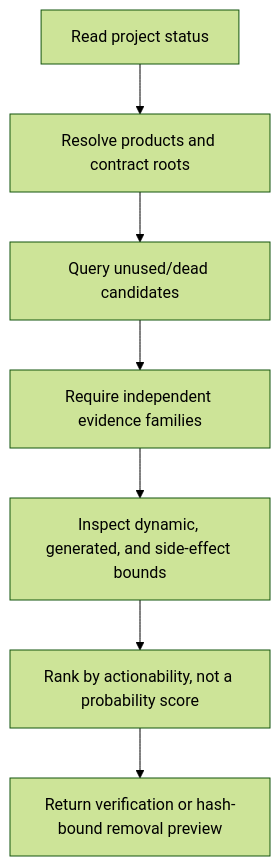
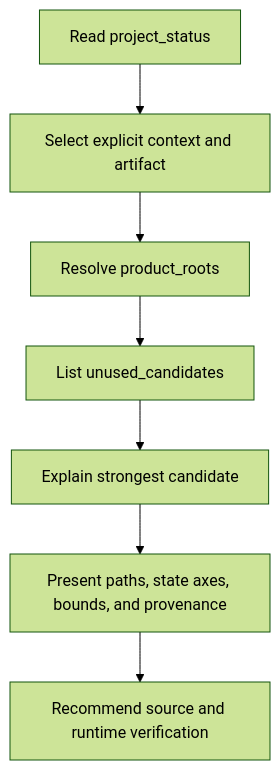
One commit to rstackjs/rstack-cli changed the sixth of 7 diagrams in docs/rfcs/0001-rstack-context-engine.md. Above: the diagram before and after it, drawn with Mermaid (forest theme). The commit also changed other lines of this file, not shown here.

Commit message:
docs: align context engine RFC

````diff
--- a/docs/rfcs/0001-rstack-context-engine.md
+++ b/docs/rfcs/0001-rstack-context-engine.md
@@ -891,12 +468,9 @@
 ```mermaid
 flowchart TD
-  Status["Read project status"]
-  Products["Resolve products and contract roots"]
-  Candidates["Query unused/dead candidates"]
-  Evidence["Require independent evidence families"]
-  Dynamic["Inspect dynamic, generated, and side-effect bounds"]
-  Rank["Rank by actionability, not a probability score"]
-  Plan["Return verification or hash-bound removal preview"]
-
-  Status --> Products --> Candidates --> Evidence --> Dynamic --> Rank --> Plan
+  Status["Read project_status"] --> Select["Select explicit context and artifact"]
+  Select --> Roots["Resolve product_roots"]
+  Roots --> Candidates["List unused_candidates"]
+  Candidates --> Explain["Explain strongest candidate"]
+  Explain --> Bounds["Present paths, state axes, bounds, and provenance"]
+  Bounds --> Verify["Recommend source and runtime verification"]
 ```
````
